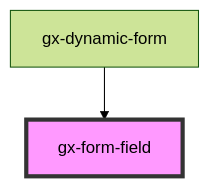
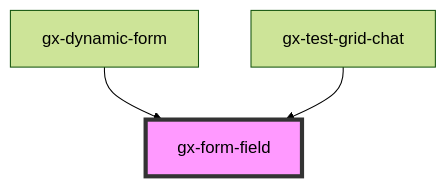
One commit to genexuslabs/web-controls-library changed the diagram in src/components/form-field/readme.md. Above: the diagram before and after it, drawn with Mermaid (forest theme). The commit also changed other lines of this file and 9 other files, not shown here.

````diff
--- a/src/components/form-field/readme.md
+++ b/src/components/form-field/readme.md
@@ -67,5 +68,6 @@
 ```mermaid
 graph TD;
   gx-dynamic-form --> gx-form-field
+  gx-test-grid-chat --> gx-form-field
   style gx-form-field fill:#f9f,stroke:#333,stroke-width:4px
 ```
````
